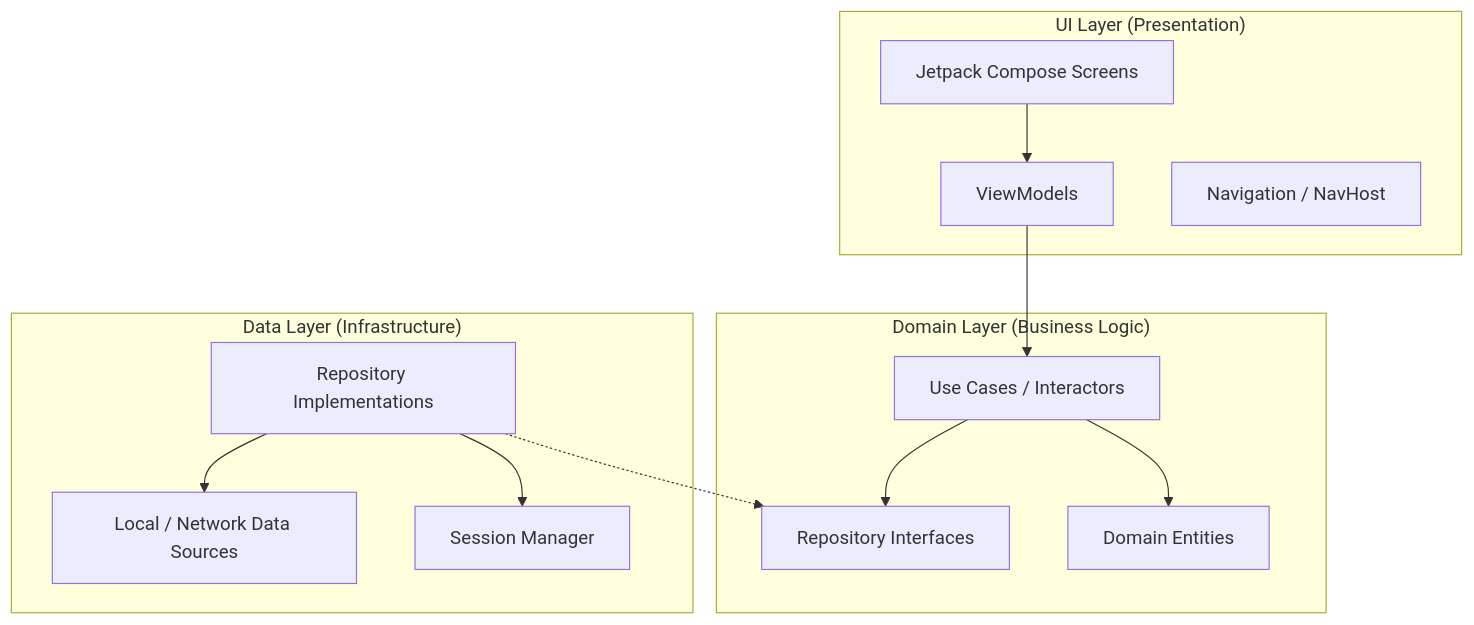
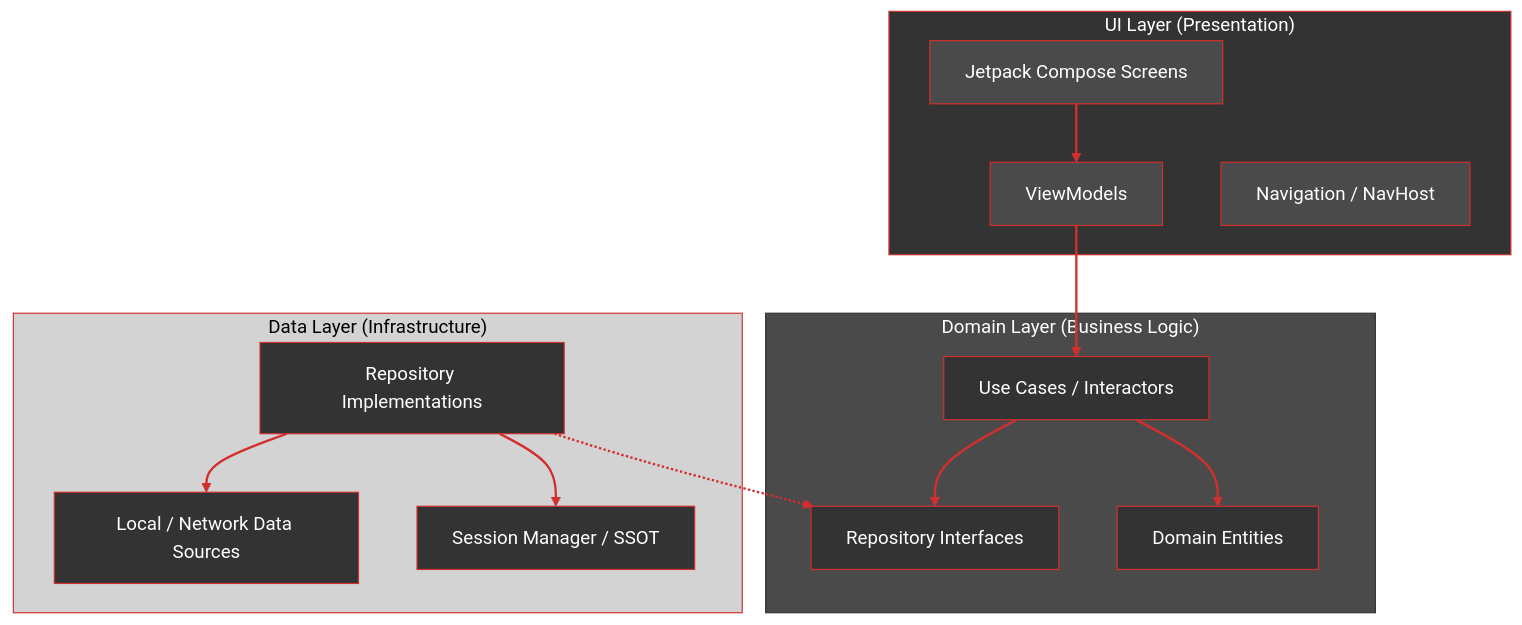
One commit to Rho-Studio/UI-Utils-Rho-Studio changed the first of 13 diagrams in README.md. Above: the diagram before and after it, drawn with Mermaid. The commit also changed other lines of this file and 2 other files, not shown here.

````diff
--- a/README.md
+++ b/README.md
@@ -34,28 +38,42 @@
 ```mermaid
 graph TD
-    subgraph "UI Layer (Presentation)"
-        UI[Jetpack Compose Screens]
+    subgraph UI["UI Layer (Presentation)"]
+        UI_Screens[Jetpack Compose Screens]
         VM[ViewModels]
         Nav[Navigation / NavHost]
     end
 
-    subgraph "Domain Layer (Business Logic)"
+    subgraph Domain["Domain Layer (Business Logic)"]
         UC[Use Cases / Interactors]
         Entities[Domain Entities]
         Int[Repository Interfaces]
     end
 
-    subgraph "Data Layer (Infrastructure)"
+    subgraph Data["Data Layer (Infrastructure)"]
         Repo[Repository Implementations]
-        SM[Session Manager]
+        SM[Session Manager / SSOT]
         Local[Local / Network Data Sources]
     end
 
-    UI --> VM
+    UI_Screens --> VM
     VM --> UC
     UC --> Entities
     UC --> Int
     Repo -.-> Int
     Repo --> SM
     Repo --> Local
+
+    linkStyle default stroke:#D32F2F,stroke-width:2px
+
+    classDef uiNode fill:#4A4A4A,stroke:#D32F2F,color:#FFFFFF
+    classDef domainNode fill:#333333,stroke:#D32F2F,color:#FFFFFF
+    classDef dataNode fill:#333333,stroke:#D32F2F,color:#FFFFFF
+
+    class UI_Screens,VM,Nav uiNode
+    class UC,Entities,Int domainNode
+    class Repo,SM,Local dataNode
+
+    style UI fill:#333333,stroke:#D32F2F,color:#FFFFFF
+    style Domain fill:#4A4A4A,stroke:#333333,color:#FFFFFF
+    style Data fill:#D3D3D3,stroke:#D32F2F,color:#000000
 ```
````
